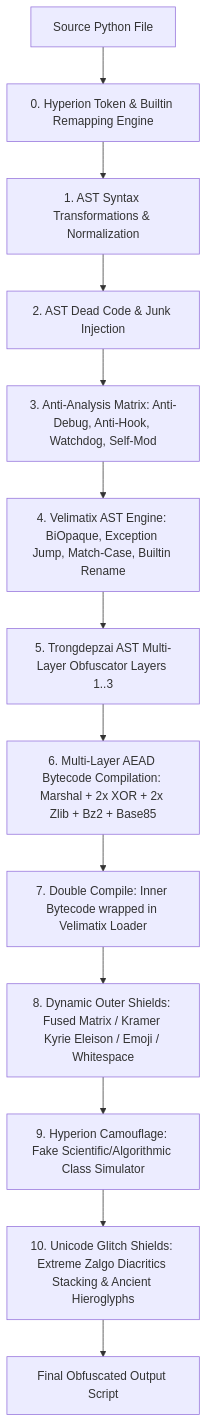
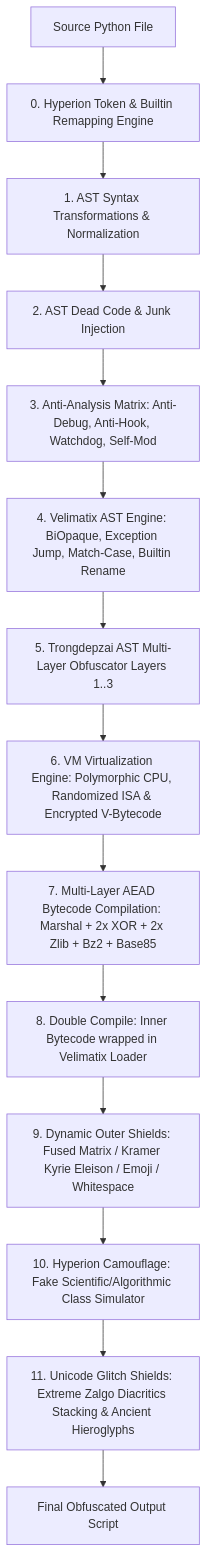
One commit to Tr0ngX/Tr0ngX-Ultimate-AST-Obfuscator changed the diagram in AGENTS.md. Above: the diagram before and after it, drawn with Mermaid. The commit also changed other lines of this file and 3 other files, not shown here.

Commit message:
feat(vm): implement polymorphic VM Virtualization Engine (--vm-obf) and fix async/builtins edge cases

````diff
--- a/AGENTS.md
+++ b/AGENTS.md
@@ -34,15 +34,16 @@
 ```mermaid
 graph TD
     A[Source Python File] --> B[0. Hyperion Token & Builtin Remapping Engine]
     B --> C[1. AST Syntax Transformations & Normalization]
     C --> D[2. AST Dead Code & Junk Injection]
     D --> E[3. Anti-Analysis Matrix: Anti-Debug, Anti-Hook, Watchdog, Self-Mod]
     E --> F[4. Velimatix AST Engine: BiOpaque, Exception Jump, Match-Case, Builtin Rename]
     F --> G[5. Trongdepzai AST Multi-Layer Obfuscator Layers 1..3]
-    G --> H[6. Multi-Layer AEAD Bytecode Compilation: Marshal + 2x XOR + 2x Zlib + Bz2 + Base85]
-    H --> I[7. Double Compile: Inner Bytecode wrapped in Velimatix Loader]
-    I --> J[8. Dynamic Outer Shields: Fused Matrix / Kramer Kyrie Eleison / Emoji / Whitespace]
-    J --> K[9. Hyperion Camouflage: Fake Scientific/Algorithmic Class Simulator]
-    K --> L[10. Unicode Glitch Shields: Extreme Zalgo Diacritics Stacking & Ancient Hieroglyphs]
-    L --> M[Final Obfuscated Output Script]
+    G --> H[6. VM Virtualization Engine: Polymorphic CPU, Randomized ISA & Encrypted V-Bytecode]
+    H --> I[7. Multi-Layer AEAD Bytecode Compilation: Marshal + 2x XOR + 2x Zlib + Bz2 + Base85]
+    I --> J[8. Double Compile: Inner Bytecode wrapped in Velimatix Loader]
+    J --> K[9. Dynamic Outer Shields: Fused Matrix / Kramer Kyrie Eleison / Emoji / Whitespace]
+    K --> L[10. Hyperion Camouflage: Fake Scientific/Algorithmic Class Simulator]
+    L --> M[11. Unicode Glitch Shields: Extreme Zalgo Diacritics Stacking & Ancient Hieroglyphs]
+    M --> N[Final Obfuscated Output Script]
 ```
````
